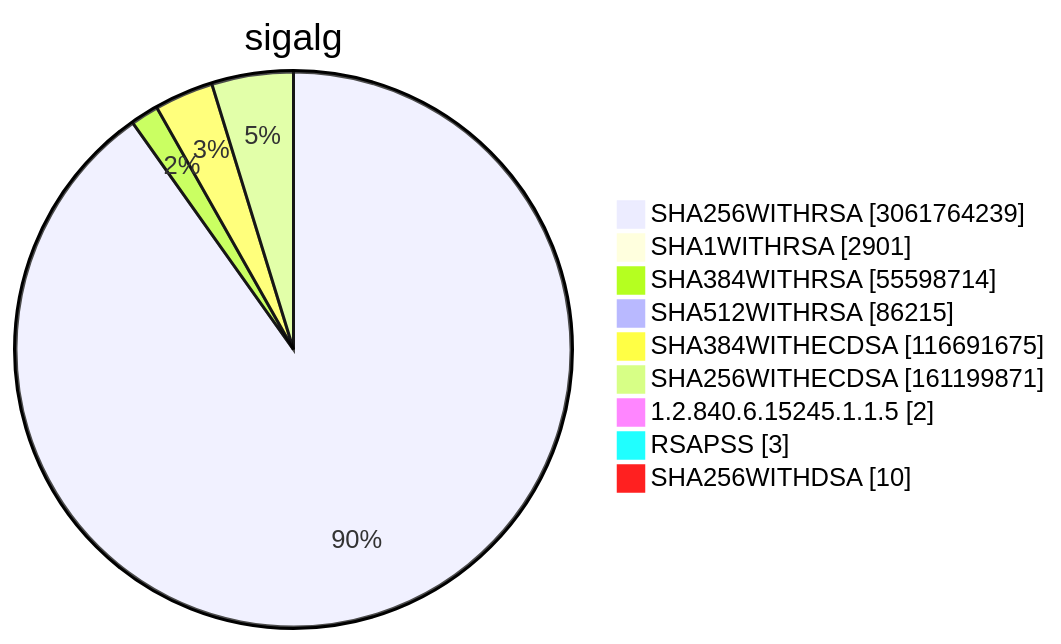
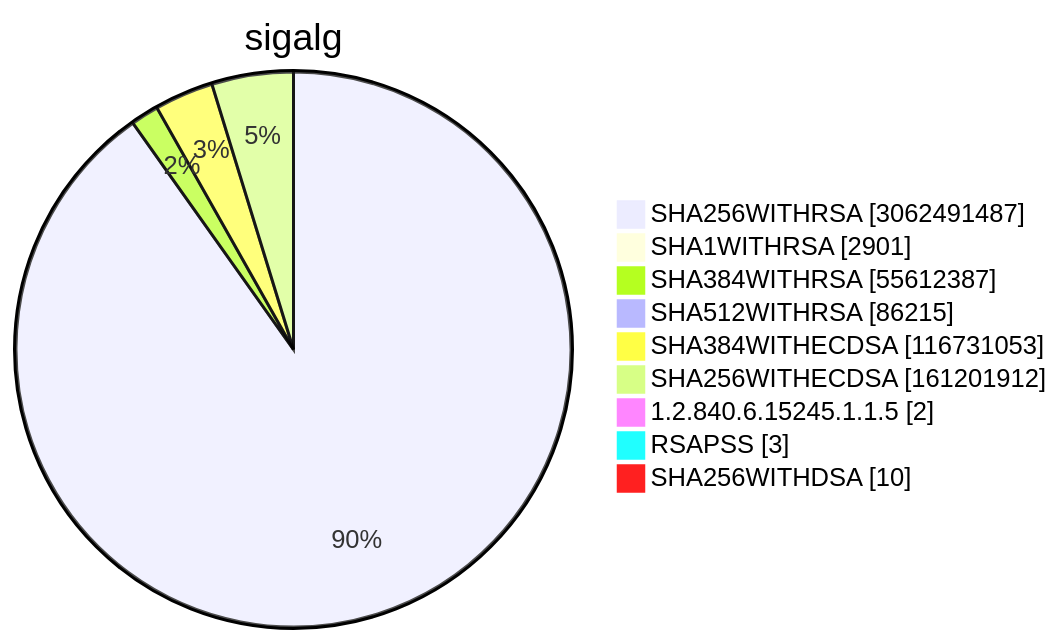
One commit to christiankrug/ctmonitor_visualization changed diagram 15 of 15 in TOTAL/README.md. Above: the diagram before and after it, drawn with Mermaid. The commit also changed other lines of this file, not shown here.

````diff
--- a/TOTAL/README.md
+++ b/TOTAL/README.md
@@ -6209,13 +6209,13 @@
 ```mermaid
 pie showData
 title sigalg
-"SHA256WITHRSA" :3061764239
+"SHA256WITHRSA" :3062491487
 "SHA1WITHRSA" :2901
-"SHA384WITHRSA" :55598714
+"SHA384WITHRSA" :55612387
 "SHA512WITHRSA" :86215
-"SHA384WITHECDSA" :116691675
-"SHA256WITHECDSA" :161199871
+"SHA384WITHECDSA" :116731053
+"SHA256WITHECDSA" :161201912
 "1.2.840.6.15245.1.1.5" :2
 "RSAPSS" :3
 "SHA256WITHDSA" :10
 ```
````
